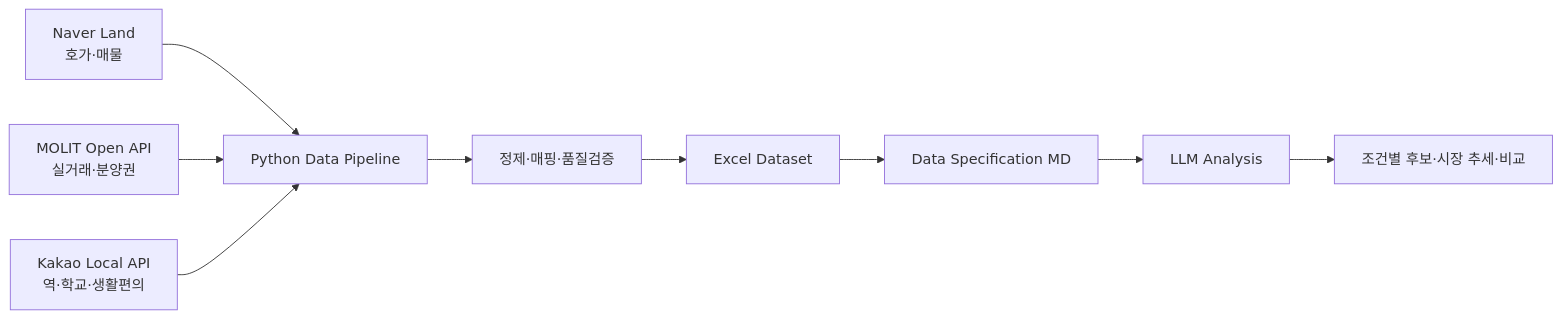
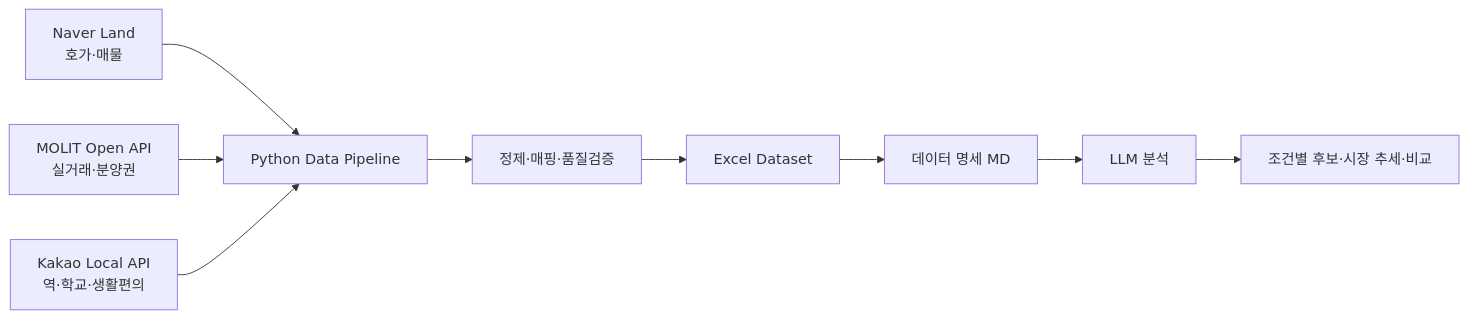
One commit to lhg553/Deagu_apt changed the diagram in README.md. Above: the diagram before and after it, drawn with Mermaid. The commit also changed other lines of this file, not shown here.

````diff
--- a/README.md
+++ b/README.md
@@ -21,11 +21,11 @@
 ```mermaid
 flowchart LR
     A[Naver Land<br/>호가·매물] --> D[Python Data Pipeline]
     B[MOLIT Open API<br/>실거래·분양권] --> D
     C[Kakao Local API<br/>역·학교·생활편의] --> D
     D --> E[정제·매핑·품질검증]
     E --> F[Excel Dataset]
-    F --> G[Data Specification MD]
-    G --> H[LLM Analysis]
+    F --> G[데이터 명세 MD]
+    G --> H[LLM 분석]
     H --> I[조건별 후보·시장 추세·비교]
 ```
````
